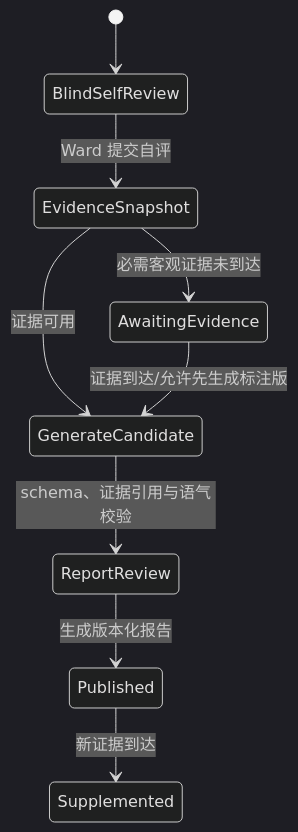
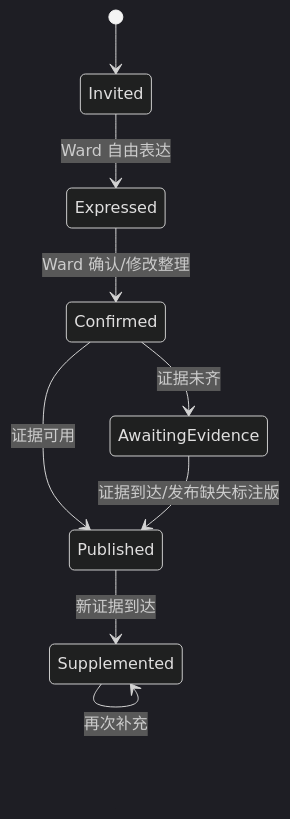
Before and after one commit to johanchow/duxue: the third of 4 diagrams in docs/technical/domain-evaluation.md, drawn with Mermaid (dark theme). The commit also changed other lines of this file and 47 other files, not shown here.

Commit message:
feat: support ward-confirmed self reviews and direct recall

````diff
--- a/docs/technical/domain-evaluation.md
+++ b/docs/technical/domain-evaluation.md
@@ -36,11 +111,11 @@
 ```mermaid
 stateDiagram-v2
-    [*] --> BlindSelfReview
-    BlindSelfReview --> EvidenceSnapshot: Ward 提交自评
-    EvidenceSnapshot --> AwaitingEvidence: 必需客观证据未到达
-    EvidenceSnapshot --> GenerateCandidate: 证据可用
-    AwaitingEvidence --> GenerateCandidate: 证据到达/允许先生成标注版
-    GenerateCandidate --> ReportReview: schema、证据引用与语气校验
-    ReportReview --> Published: 生成版本化报告
+    [*] --> Invited
+    Invited --> Expressed: Ward 自由表达
+    Expressed --> Confirmed: Ward 确认/修改整理
+    Confirmed --> AwaitingEvidence: 证据未齐
+    Confirmed --> Published: 证据可用
+    AwaitingEvidence --> Published: 证据到达/发布缺失标注版
     Published --> Supplemented: 新证据到达
+    Supplemented --> Supplemented: 再次补充
 ```
````
